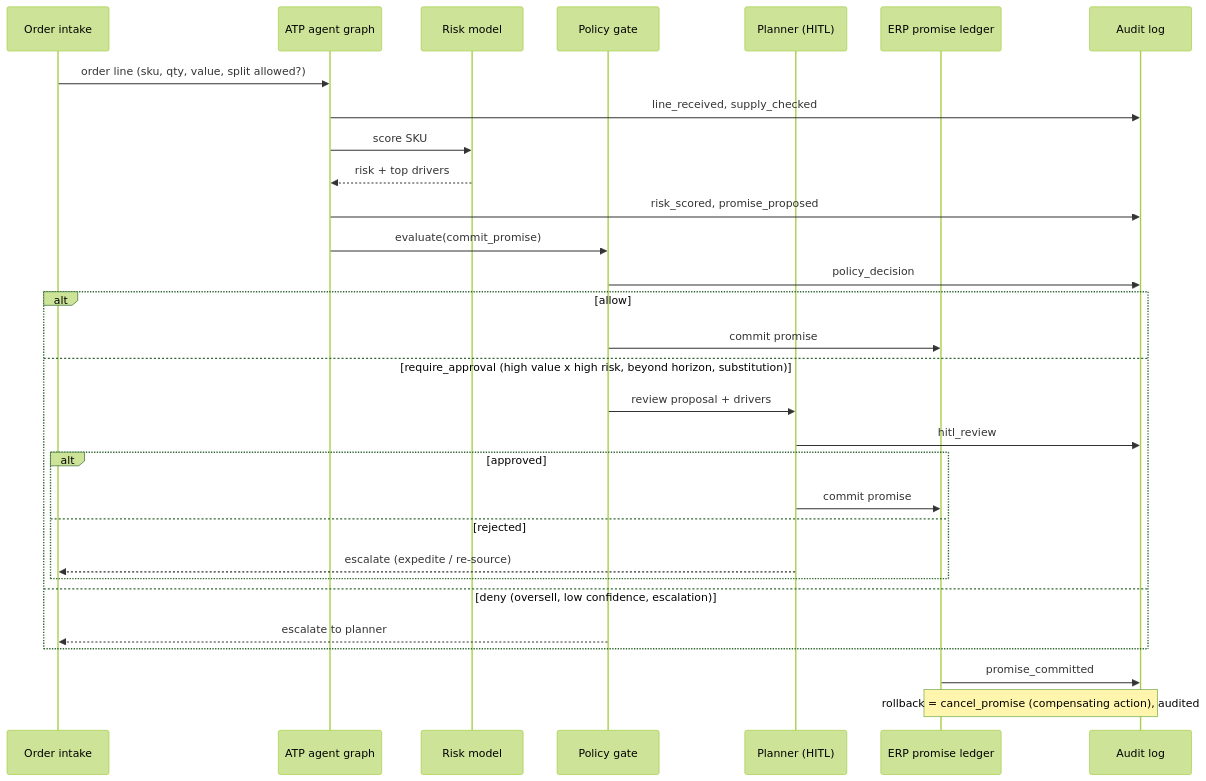
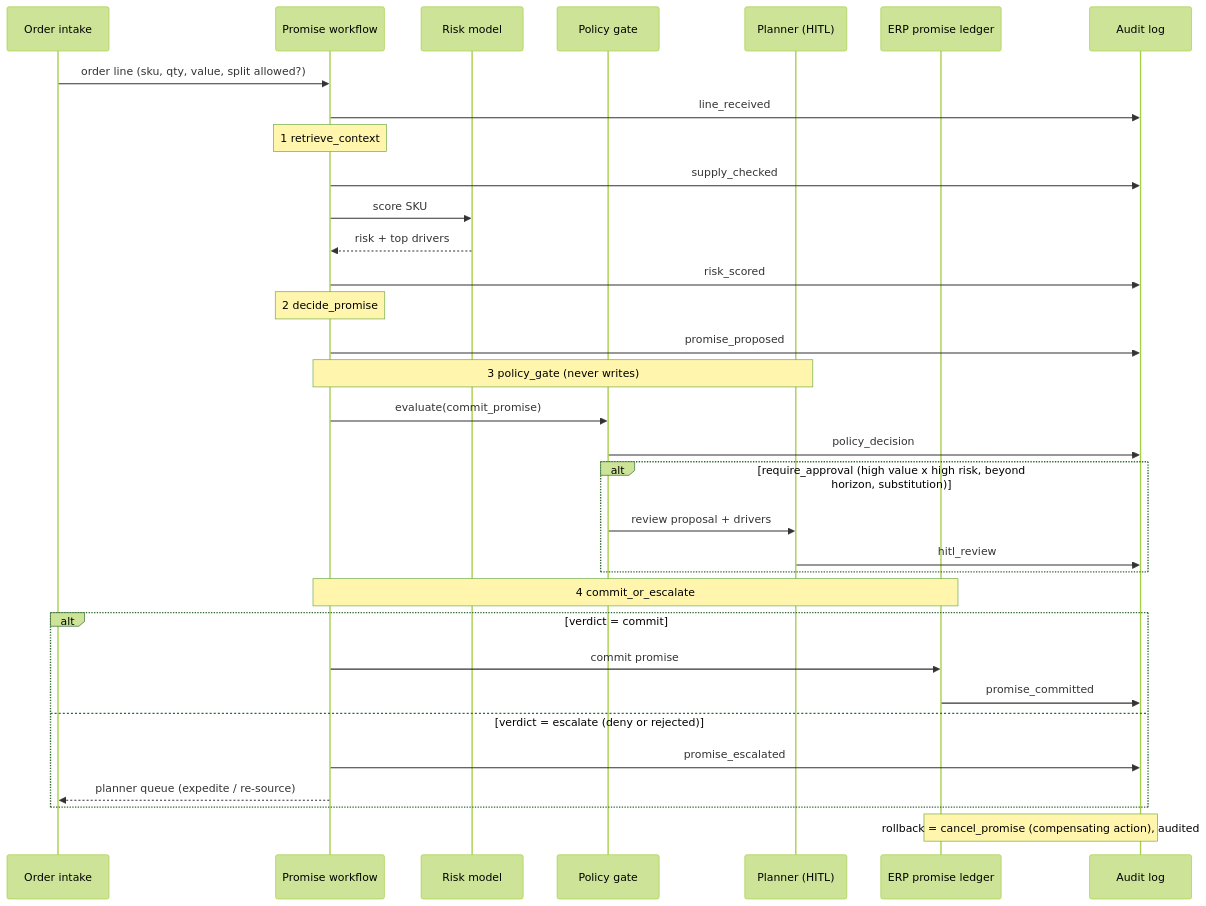
Before and after one commit to padmanpisupati/demand-aware-order-promising: the diagram in docs/diagrams/sequence.md, drawn with Mermaid (forest theme). The commit also changed other lines of this file and 12 other files, not shown here.

First line of the commit message:
Refactor: replace multi-agent framing with governed workflow

````diff
--- a/docs/diagrams/sequence.md
+++ b/docs/diagrams/sequence.md
@@ -3,32 +3,35 @@
 ```mermaid
 sequenceDiagram
   participant OM as Order intake
-  participant AG as ATP agent graph
+  participant WF as Promise workflow
   participant RM as Risk model
   participant PG as Policy gate
   participant PL as Planner (HITL)
   participant ERP as ERP promise ledger
   participant AU as Audit log
-  OM->>AG: order line (sku, qty, value, split allowed?)
-  AG->>AU: line_received, supply_checked
-  AG->>RM: score SKU
-  RM-->>AG: risk + top drivers
-  AG->>AU: risk_scored, promise_proposed
-  AG->>PG: evaluate(commit_promise)
+  OM->>WF: order line (sku, qty, value, split allowed?)
+  WF->>AU: line_received
+  Note over WF: 1 retrieve_context
+  WF->>AU: supply_checked
+  WF->>RM: score SKU
+  RM-->>WF: risk + top drivers
+  WF->>AU: risk_scored
+  Note over WF: 2 decide_promise
+  WF->>AU: promise_proposed
+  Note over WF,PL: 3 policy_gate (never writes)
+  WF->>PG: evaluate(commit_promise)
   PG->>AU: policy_decision
-  alt allow
-    PG->>ERP: commit promise
-  else require_approval (high value x high risk, beyond horizon, substitution)
+  alt require_approval (high value x high risk, beyond horizon, substitution)
     PG->>PL: review proposal + drivers
     PL->>AU: hitl_review
-    alt approved
-      PL->>ERP: commit promise
-    else rejected
-      PL-->>OM: escalate (expedite / re-source)
-    end
-  else deny (oversell, low confidence, escalation)
-    PG-->>OM: escalate to planner
   end
-  ERP->>AU: promise_committed
+  Note over WF,ERP: 4 commit_or_escalate
+  alt verdict = commit
+    WF->>ERP: commit promise
+    ERP->>AU: promise_committed
+  else verdict = escalate (deny or rejected)
+    WF->>AU: promise_escalated
+    WF-->>OM: planner queue (expedite / re-source)
+  end
   Note over ERP,AU: rollback = cancel_promise (compensating action), audited
 ```
````
